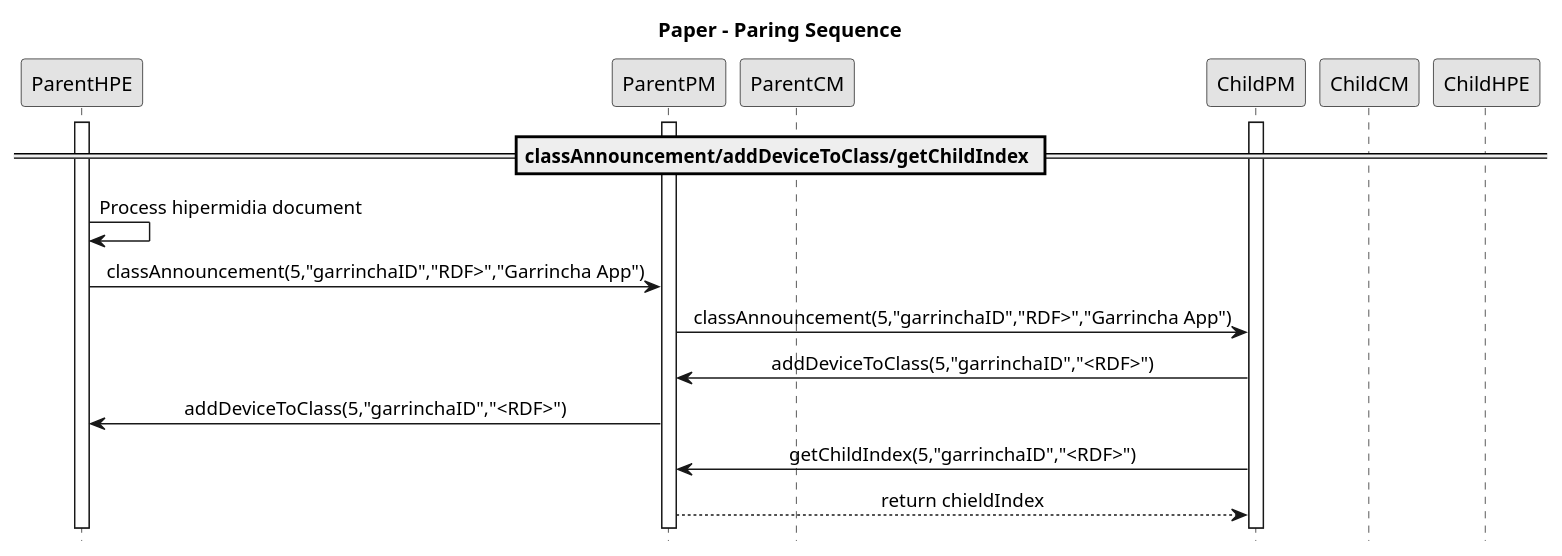
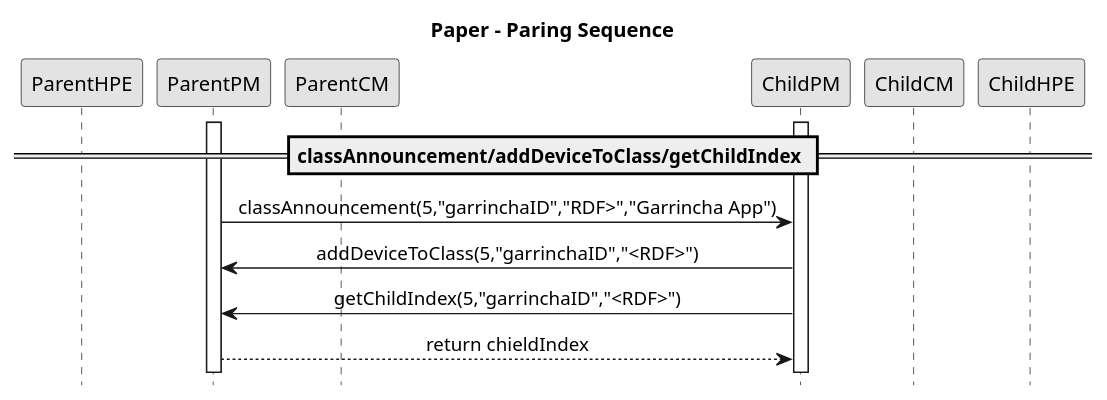
The diagram in sequence1.plantuml (alanlivio/fsmda), drawn with PlantUML before and after one commit. The commit also changed 8 other files, not shown here.

Commit message:
docs: Fixes in diagrams and delete proposals.

```diff
--- a/sequence1.plantuml
+++ b/sequence1.plantuml
@@ -2,29 +2,24 @@
 @startuml
 hide footbox
 skinparam monochrome true
 skinparam sequenceMessageAlign center
 
 participant ParentHPE
 participant ParentPM
 participant ParentCM
 participant ChildPM
 participant ChildCM
 participant ChildHPE
 
 '''''''''''''''''Paper - Paring and handling classes variables Sequence''''''''''''''''
 title Paper - Paring Sequence
-activate ParentHPE
 activate ParentPM
 activate ChildPM
 == classAnnouncement/addDeviceToClass/getChildIndex ==
-ParentHPE->ParentHPE: Process hipermidia document
-ParentHPE->ParentPM: classAnnouncement(5,"garrinchaID","RDF>","Garrincha App")
 ParentPM->ChildPM: classAnnouncement(5,"garrinchaID","RDF>","Garrincha App")
 ChildPM->ParentPM: addDeviceToClass(5,"garrinchaID","<RDF>")
-ParentPM->ParentHPE: addDeviceToClass(5,"garrinchaID","<RDF>")
 ChildPM->ParentPM: getChildIndex(5,"garrinchaID","<RDF>")
-
 ParentPM-->ChildPM: return chieldIndex
 
 '''''''''''''''''Ending PLANTUML params''''''''''''''''
 @enduml
```
